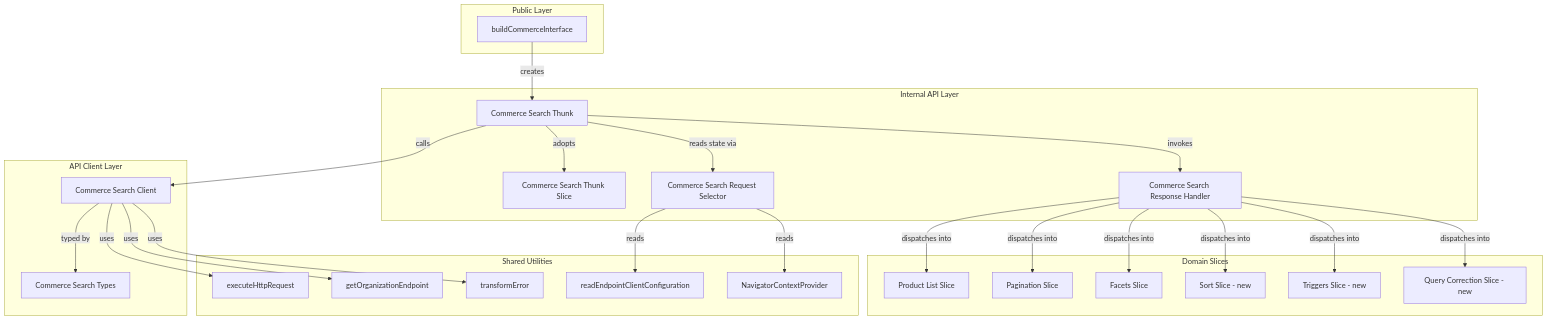
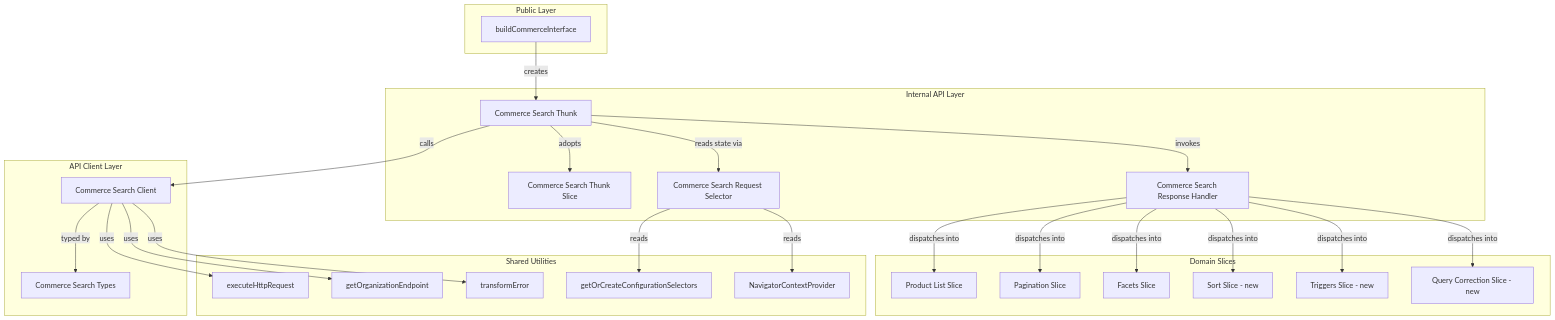
One commit to coveo/ui-kit changed the first of 2 diagrams in .kiro/specs/commerce-search-endpoint/design.md. Above: the diagram before and after it, drawn with Mermaid. The commit also changed 2 other files, not shown here.

Commit message:
fix copilot review comments

````diff
--- a/.kiro/specs/commerce-search-endpoint/design.md
+++ b/.kiro/specs/commerce-search-endpoint/design.md
@@ -20,53 +20,53 @@
 ```mermaid
 graph TD
     subgraph "Public Layer"
         CI[buildCommerceInterface]
     end
 
     subgraph "Internal API Layer"
         T[Commerce Search Thunk]
         TS[Commerce Search Thunk Slice]
         RS[Commerce Search Request Selector]
         RH[Commerce Search Response Handler]
     end
 
     subgraph "API Client Layer"
         C[Commerce Search Client]
         TY[Commerce Search Types]
     end
 
     subgraph "Shared Utilities"
         HTTP[executeHttpRequest]
         OE[getOrganizationEndpoint]
         TE[transformError]
-        CR[readEndpointClientConfiguration]
+        CR[getOrCreateConfigurationSelectors]
         NCP[NavigatorContextProvider]
     end
 
     subgraph "Domain Slices"
         PL[Product List Slice]
         PG[Pagination Slice]
         FA[Facets Slice]
         SO[Sort Slice - new]
         TR[Triggers Slice - new]
         QC[Query Correction Slice - new]
     end
 
     CI -->|creates| T
     T -->|reads state via| RS
     T -->|calls| C
     T -->|adopts| TS
     T -->|invokes| RH
     RS -->|reads| NCP
     RS -->|reads| CR
     C -->|uses| HTTP
     C -->|uses| OE
     C -->|uses| TE
     C -->|typed by| TY
     RH -->|dispatches into| PL
     RH -->|dispatches into| PG
     RH -->|dispatches into| FA
     RH -->|dispatches into| SO
     RH -->|dispatches into| TR
     RH -->|dispatches into| QC
 ```
````
